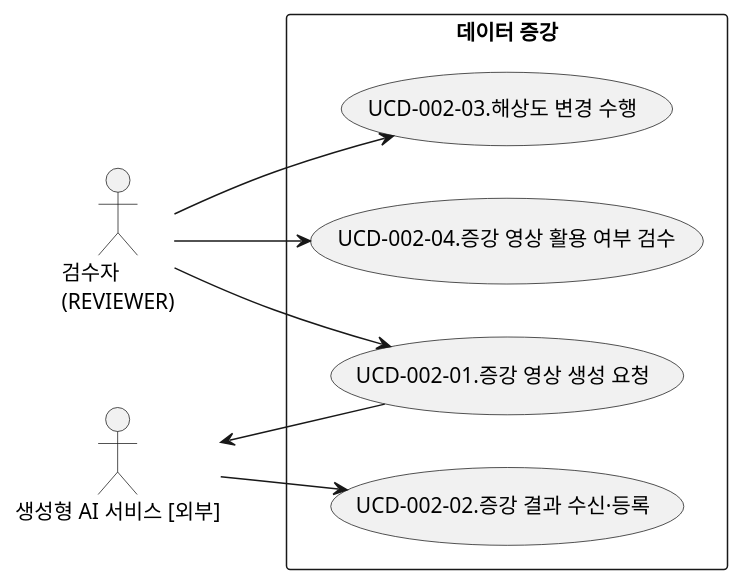
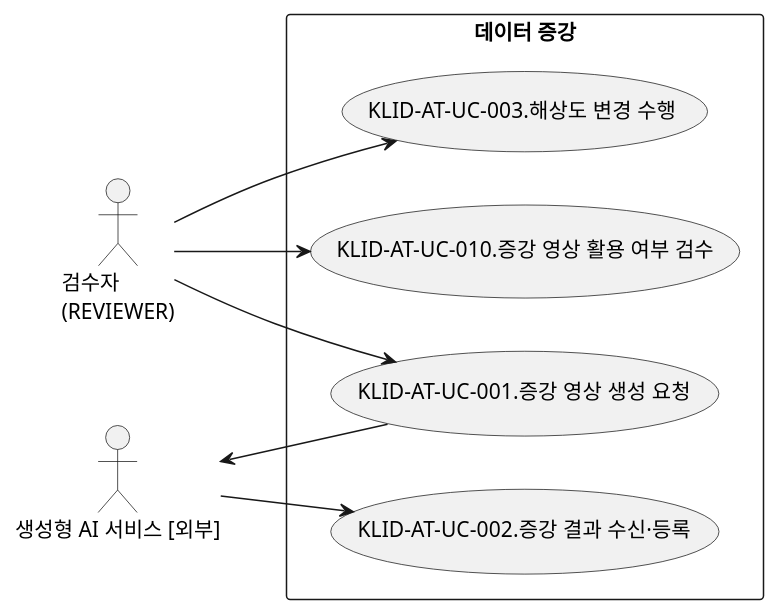
One commit to New-stella/klid-label changed the second of 2 diagrams in docs/design/R2-유스케이스명세서.md. Above: the diagram before and after it, drawn with PlantUML. The commit also changed other lines of this file and 12 other files, not shown here.

````diff
--- a/docs/design/R2-유스케이스명세서.md
+++ b/docs/design/R2-유스케이스명세서.md
@@ -104,20 +104,20 @@
 ```plantuml
 @startuml
 left to right direction
 actor "검수자\n(REVIEWER)" as REVIEWER
 actor "생성형 AI 서비스 [외부]" as GENAI
 
 rectangle "데이터 증강" {
-  usecase "UCD-002-01.증강 영상 생성 요청" as U1
-  usecase "UCD-002-02.증강 결과 수신·등록" as U2
-  usecase "UCD-002-03.해상도 변경 수행" as U3
-  usecase "UCD-002-04.증강 영상 활용 여부 검수" as U10
+  usecase "KLID-AT-UC-001.증강 영상 생성 요청" as U1
+  usecase "KLID-AT-UC-002.증강 결과 수신·등록" as U2
+  usecase "KLID-AT-UC-003.해상도 변경 수행" as U3
+  usecase "KLID-AT-UC-010.증강 영상 활용 여부 검수" as U10
 }
 
 REVIEWER --> U1
 U1 --> GENAI
 GENAI --> U2
 REVIEWER --> U3
 REVIEWER --> U10
 @enduml
 ```
````
